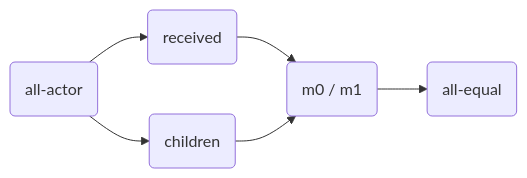
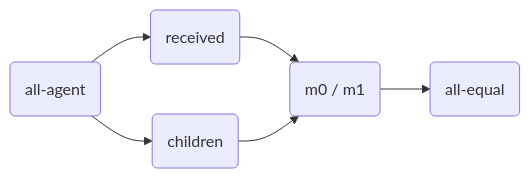
One commit to julianmendez/tiles changed the second of 4 diagrams in docs/ccs_example.md. Above: the diagram before and after it, drawn with Mermaid. The commit also changed other lines of this file and 62 other files, not shown here.

````diff
--- a/docs/ccs_example.md
+++ b/docs/ccs_example.md
@@ -109,8 +109,8 @@
 ```mermaid
 graph LR
-  all-actor(all-actor) --> received
-  all-actor --> children
+  all-agent(all-agent) --> received
+  all-agent --> children
   received(received) --> m0/m1
   children(children) --> m0/m1
   m0/m1(m0 / m1) --> all-equal(all-equal)
 ```
````
